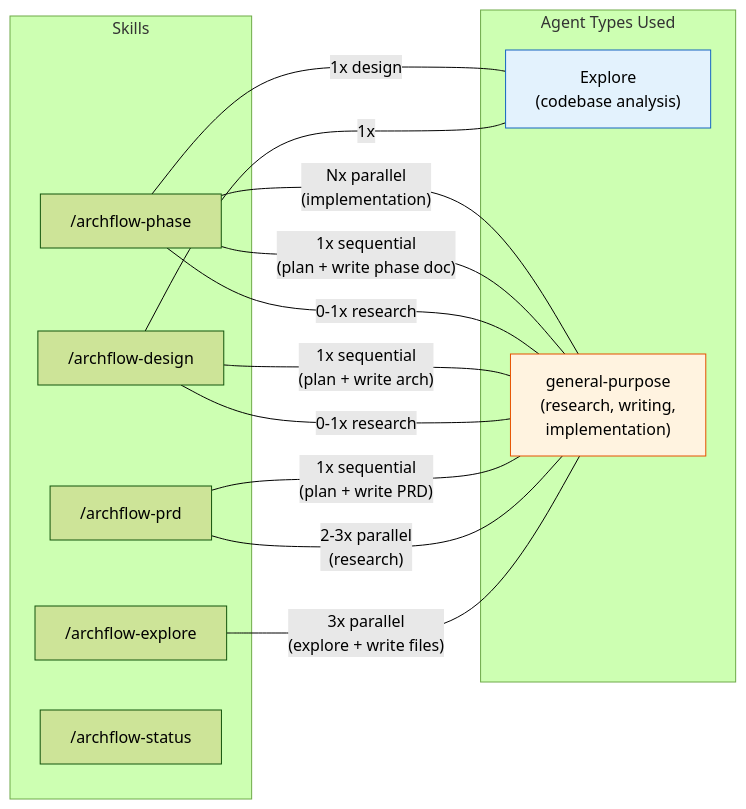
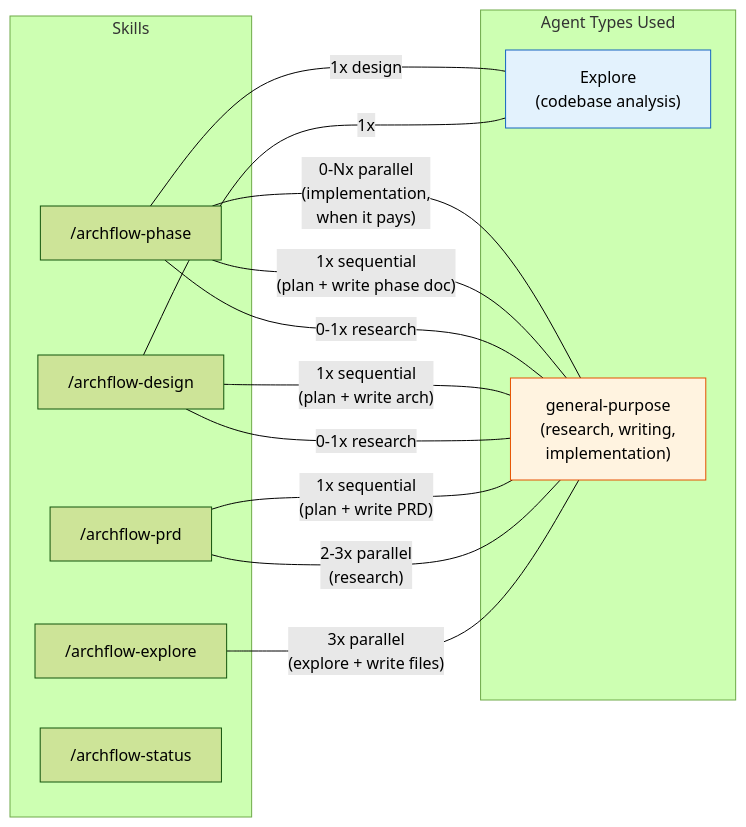
The eighth of 12 diagrams in docs/archflow-process.md (Aroton/ArchflowV2), drawn with Mermaid (forest theme) before and after one commit. The commit also changed other lines of this file and 7 other files, not shown here.

````diff
--- a/docs/archflow-process.md
+++ b/docs/archflow-process.md
@@ -313,29 +315,29 @@
 ```mermaid
 flowchart LR
     subgraph "Agent Types Used"
         EX["Explore<br/>(codebase analysis)"]
         GP["general-purpose<br/>(research, writing,<br/>implementation)"]
     end
 
     subgraph "Skills"
         explore["/archflow-explore"]
         prd["/archflow-prd"]
         design["/archflow-design"]
         phase["/archflow-phase"]
         status["/archflow-status"]
     end
 
     explore ---|"3x parallel<br/>(explore + write files)"| GP
     prd ---|"2-3x parallel<br/>(research)"| GP
     prd ---|"1x sequential<br/>(plan + write PRD)"| GP
     design ---|1x| EX
     design ---|"0-1x research"| GP
     design ---|"1x sequential<br/>(plan + write arch)"| GP
     phase ---|1x design| EX
     phase ---|"0-1x research"| GP
     phase ---|"1x sequential<br/>(plan + write phase doc)"| GP
-    phase ---|"Nx parallel<br/>(implementation)"| GP
+    phase ---|"0-Nx parallel<br/>(implementation,<br/>when it pays)"| GP
 
     style EX fill:#e3f2fd,stroke:#1565c0
     style GP fill:#fff3e0,stroke:#e65100
 ```
````
